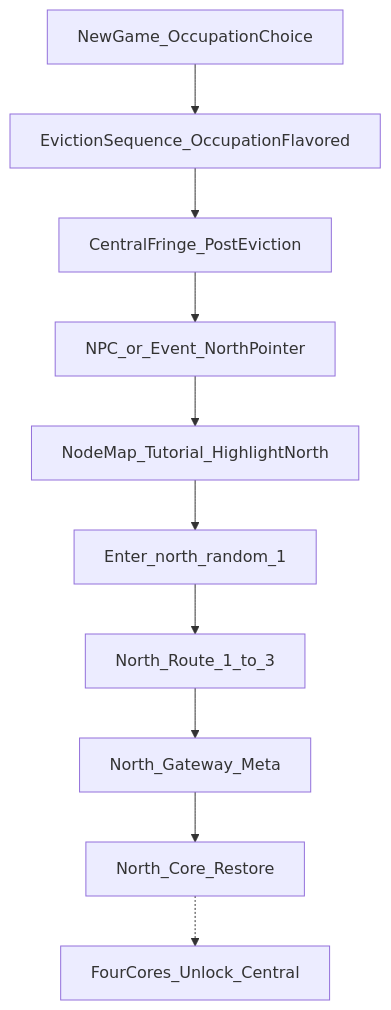
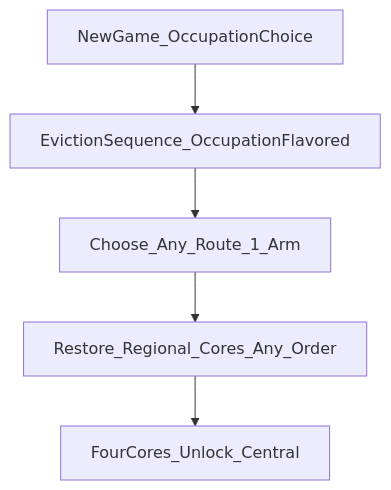
Before and after one commit to zerato9x/arccross_system: the diagram in READMEs/design/CENTRAL_CORE_CAMPAIGN_OVERHAUL.md, drawn with Mermaid. The commit also changed other lines of this file and 533 other files, not shown here.

````diff
--- a/READMEs/design/CENTRAL_CORE_CAMPAIGN_OVERHAUL.md
+++ b/READMEs/design/CENTRAL_CORE_CAMPAIGN_OVERHAUL.md
@@ -98,17 +100,10 @@
 ```mermaid
 flowchart TD
   newGame[NewGame_OccupationChoice]
   exile[EvictionSequence_OccupationFlavored]
-  centralFringe[CentralFringe_PostEviction]
-  pointer[NPC_or_Event_NorthPointer]
-  nodeMapTut[NodeMap_Tutorial_HighlightNorth]
-  northR1[Enter_north_random_1]
-  northSpine[North_Route_1_to_3]
-  northGate[North_Gateway_Meta]
-  northCore[North_Core_Restore]
+  armChoice[Choose_Any_Route_1_Arm]
+  fourArms[Restore_Regional_Cores_Any_Order]
   endgame[FourCores_Unlock_Central]
 
-  newGame --> exile --> centralFringe --> pointer
-  pointer --> nodeMapTut --> northR1 --> northSpine --> northGate --> northCore
-  northCore -.-> endgame
+  newGame --> exile --> armChoice --> fourArms --> endgame
 ```
````
